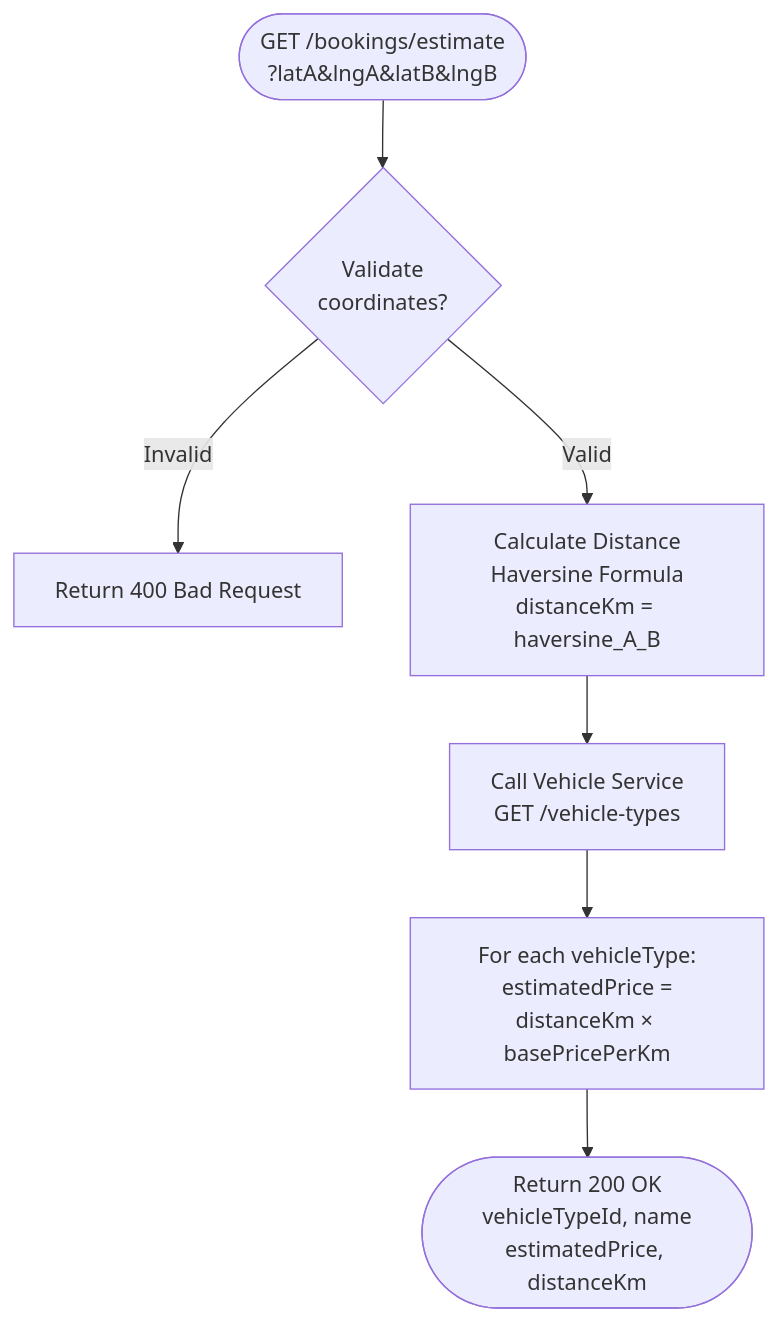
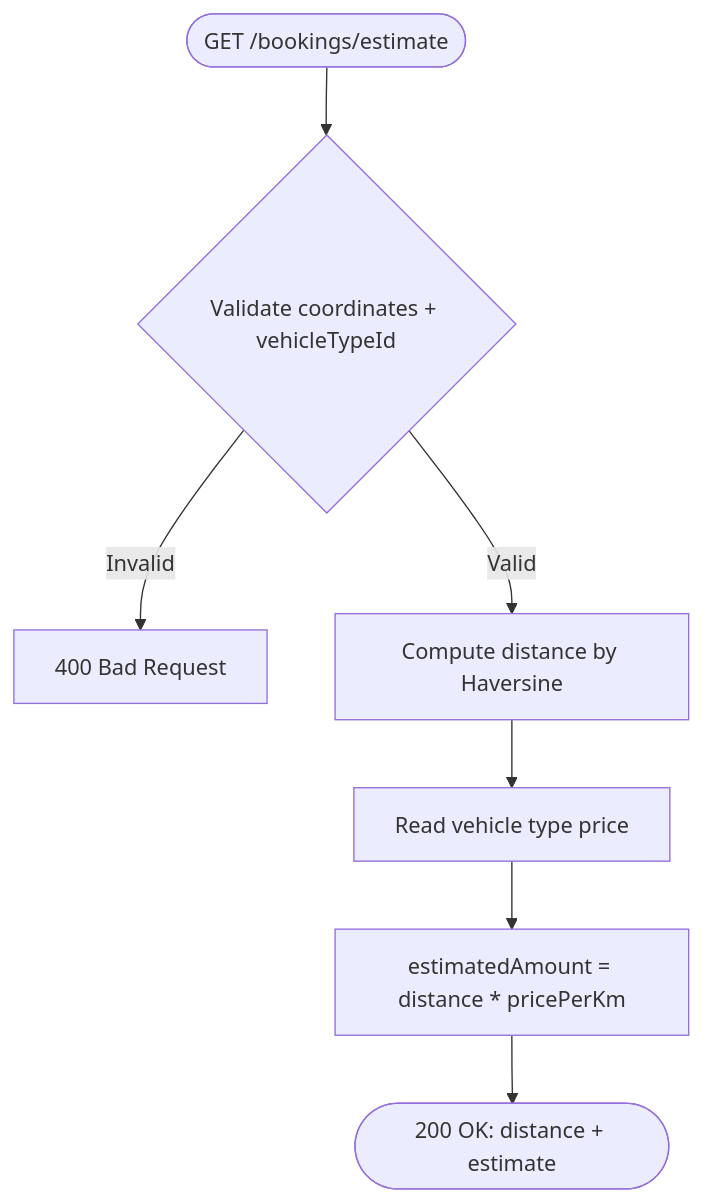
Before and after one commit to ImTruong/TrangSM: diagram 16 of 21 in docs/analysis-and-design.md, drawn with Mermaid. The commit also changed other lines of this file and 32 other files, not shown here.

````diff
--- a/docs/analysis-and-design.md
+++ b/docs/analysis-and-design.md
@@ -535,9 +547,9 @@
 ```mermaid
 flowchart TD
-    A([GET /bookings/estimate\n?latA&lngA&latB&lngB]) --> B{Validate\ncoordinates?}
-    B -->|Invalid| ERR1[Return 400 Bad Request]
-    B -->|Valid| C[Calculate Distance\nHaversine Formula\ndistanceKm = haversine_A_B]
-    C --> D[Call Vehicle Service\nGET /vehicle-types]
-    D --> E[For each vehicleType:\nestimatedPrice =\ndistanceKm × basePricePerKm]
-    E --> F([Return 200 OK\nvehicleTypeId, name\nestimatedPrice, distanceKm])
+    A([GET /bookings/estimate]) --> B{Validate coordinates + vehicleTypeId}
+    B -->|Invalid| E1[400 Bad Request]
+    B -->|Valid| C[Compute distance by Haversine]
+    C --> D[Read vehicle type price]
+    D --> E[estimatedAmount = distance * pricePerKm]
+    E --> F([200 OK: distance + estimate])
 ```
````
